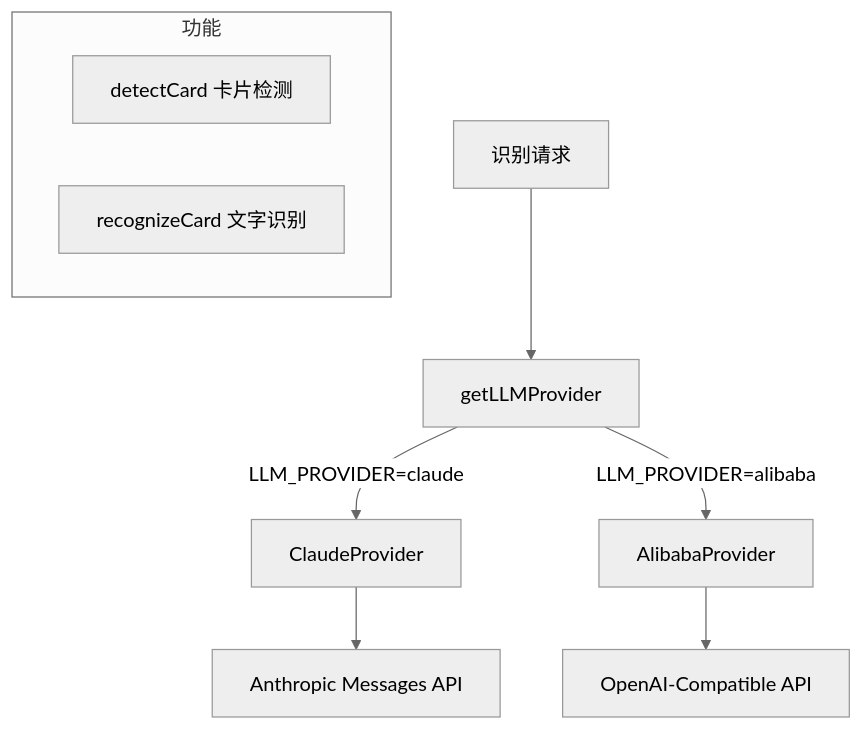
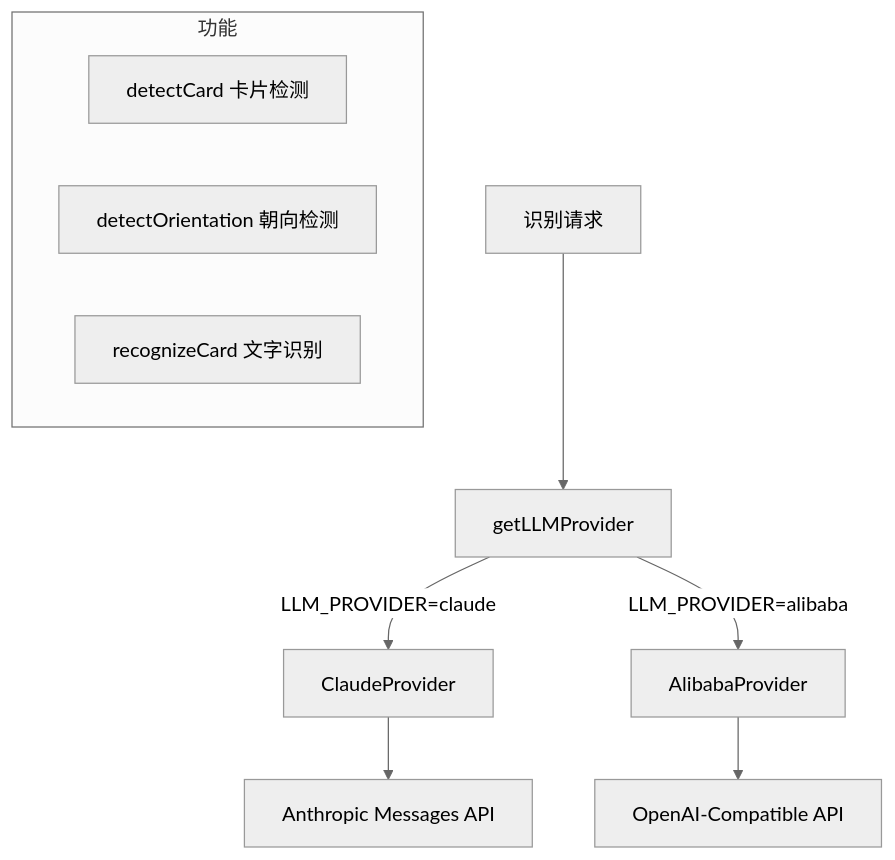
Before and after one commit to addicted0010/namecardfolder: the first of 2 diagrams in Documents/llm/llm.md, drawn with Mermaid (neutral theme). The commit also changed other lines of this file and 9 other files, not shown here.

````diff
--- a/Documents/llm/llm.md
+++ b/Documents/llm/llm.md
@@ -23,14 +24,15 @@
 ```mermaid
 graph TB
     API[识别请求] --> Factory[getLLMProvider]
     Factory -->|LLM_PROVIDER=claude| Claude[ClaudeProvider]
     Factory -->|LLM_PROVIDER=alibaba| Alibaba[AlibabaProvider]
     
     Claude --> ClaudeAPI[Anthropic Messages API]
     Alibaba --> AliAPI[OpenAI-Compatible API]
     
     subgraph 功能
         Detect[detectCard 卡片检测]
+        Orient[detectOrientation 朝向检测]
         Recognize[recognizeCard 文字识别]
     end
 ```
````
